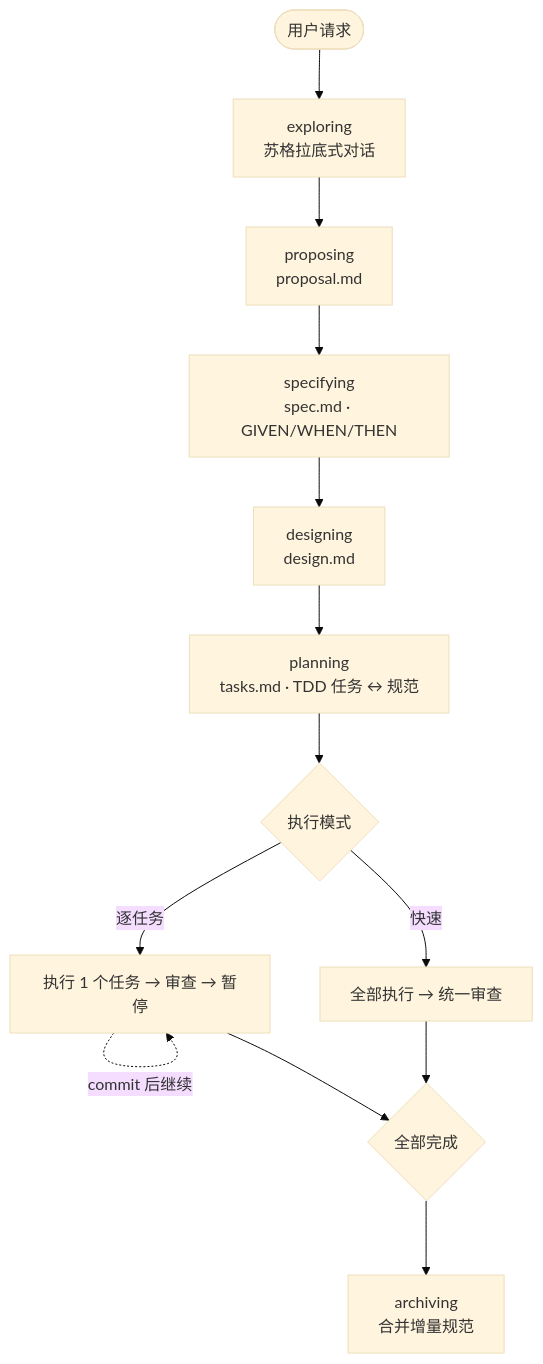
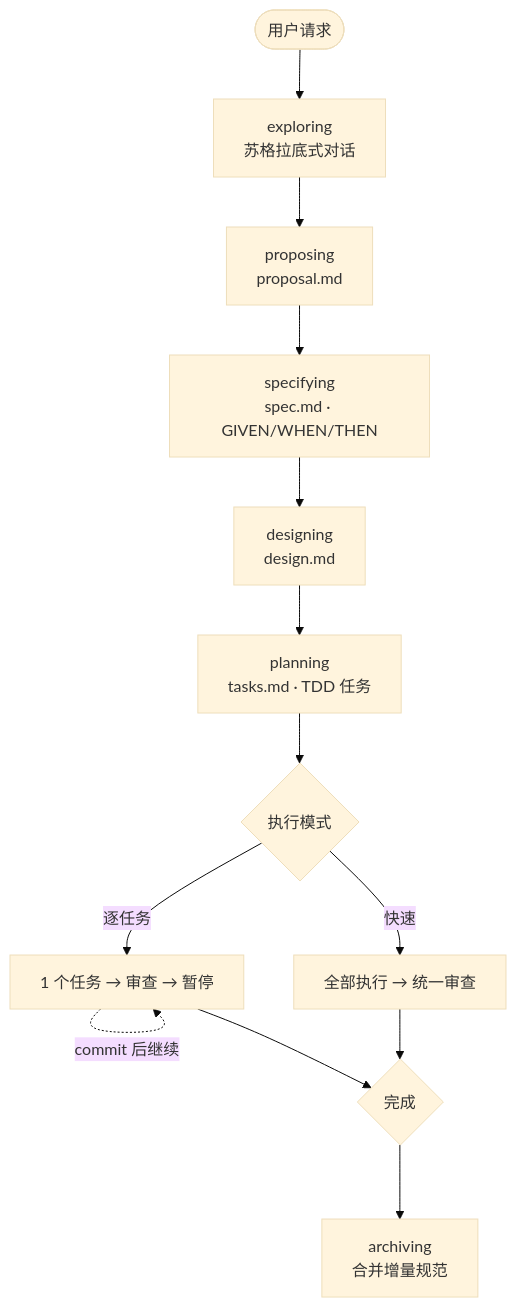
The diagram in README.zh-CN.md (NSObjects/specpowers), drawn with Mermaid (base theme) before and after one commit. The commit also changed other lines of this file and 75 other files, not shown here.

````diff
--- a/README.zh-CN.md
+++ b/README.zh-CN.md
@@ -25,15 +40,15 @@
 ```mermaid
 flowchart TD
     Start([用户请求]) --> Exploring[exploring<br/>苏格拉底式对话]
     Exploring --> Proposing[proposing<br/>proposal.md]
     Proposing --> Specifying[specifying<br/>spec.md · GIVEN/WHEN/THEN]
     Specifying --> Designing[designing<br/>design.md]
-    Designing --> Planning[planning<br/>tasks.md · TDD 任务 ↔ 规范]
+    Designing --> Planning[planning<br/>tasks.md · TDD 任务]
     Planning --> Choice{执行模式}
-    Choice -->|逐任务| Step[执行 1 个任务 → 审查 → 暂停]
+    Choice -->|逐任务| Step[1 个任务 → 审查 → 暂停]
     Choice -->|快速| Fast[全部执行 → 统一审查]
     Step -.->|commit 后继续| Step
     Step --> Done
     Fast --> Done
-    Done{全部完成} --> Archiving[archiving<br/>合并增量规范]
+    Done{完成} --> Archiving[archiving<br/>合并增量规范]
 ```
````
